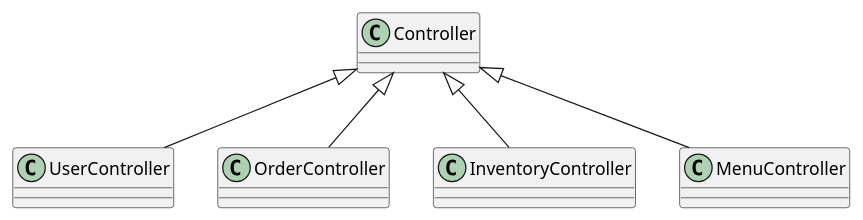
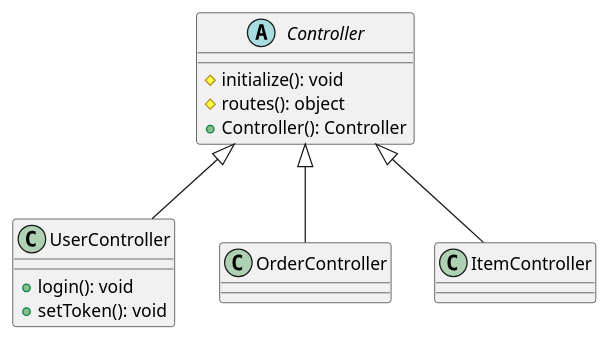
Before and after one commit to maulidinar/plantuml: the fourth of 4 diagrams in Class Diagram.puml, drawn with PlantUML. The commit also changed other lines of this file and 1 other file, not shown here.

```diff
--- a/Class Diagram.puml
+++ b/Class Diagram.puml
@@ -23,6 +57,25 @@
 @startuml ControllerAPIClassDiagram
 Controller <|-- UserController
 Controller <|-- OrderController
-Controller <|-- InventoryController
-Controller <|-- MenuController
+Controller <|-- ItemController
+
+abstract class Controller {
+    # initialize(): void
+    # routes(): object
+    + Controller(): Controller
+}
+
+class UserController {
+    + login(): void
+    + setToken(): void
+}
+
+class OrderController {
+
+}
+
+class ItemController {
+
+}
+
 @enduml
```
